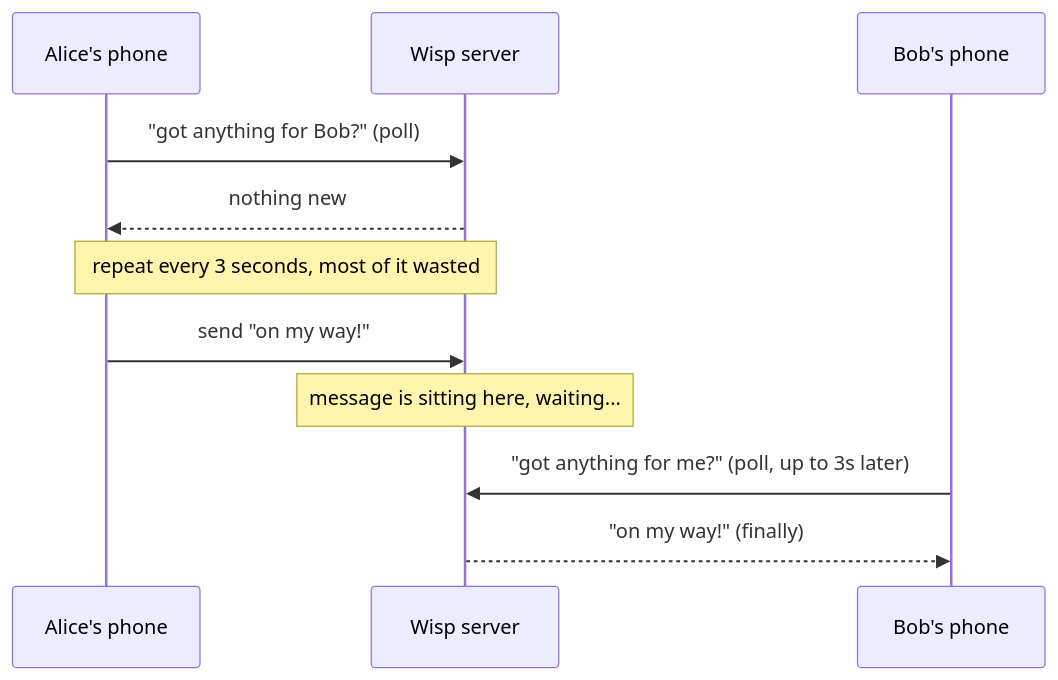
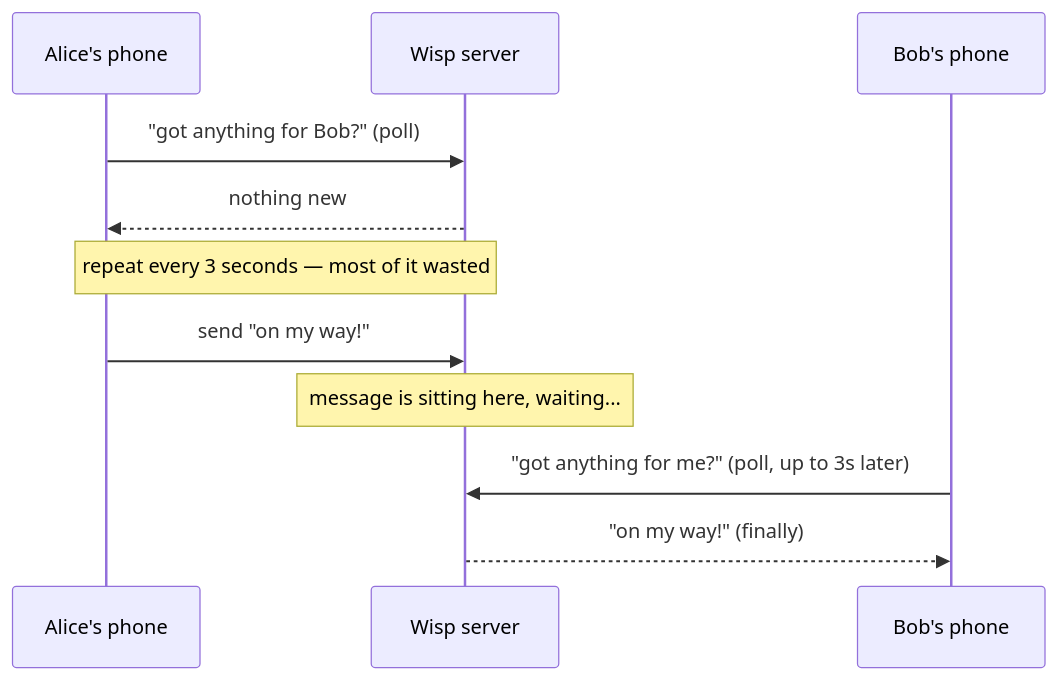
The first of 19 diagrams in system-design/HLD/0-course/36-WhatsApp-FAANG-Guide-story.md (riyaz-pasha/Learnings), drawn with Mermaid before and after one commit. The commit also changed other lines of this file and 5 other files, not shown here.

Commit message:
[REWRITE] Design Newsfeed story guide: simplify prose, add structure, fix diagrams

````diff
--- a/system-design/HLD/0-course/36-WhatsApp-FAANG-Guide-story.md
+++ b/system-design/HLD/0-course/36-WhatsApp-FAANG-Guide-story.md
@@ -17,14 +61,14 @@
 ```mermaid
 sequenceDiagram
     participant A as Alice's phone
     participant S as Wisp server
     participant B as Bob's phone
 
     A->>S: "got anything for Bob?" (poll)
     S-->>A: nothing new
-    Note over A,S: repeat every 3 seconds, most of it wasted
+    Note over A,S: repeat every 3 seconds — most of it wasted
     A->>S: send "on my way!"
     Note over S: message is sitting here, waiting...
     B->>S: "got anything for me?" (poll, up to 3s later)
     S-->>B: "on my way!" (finally)
 ```
````
